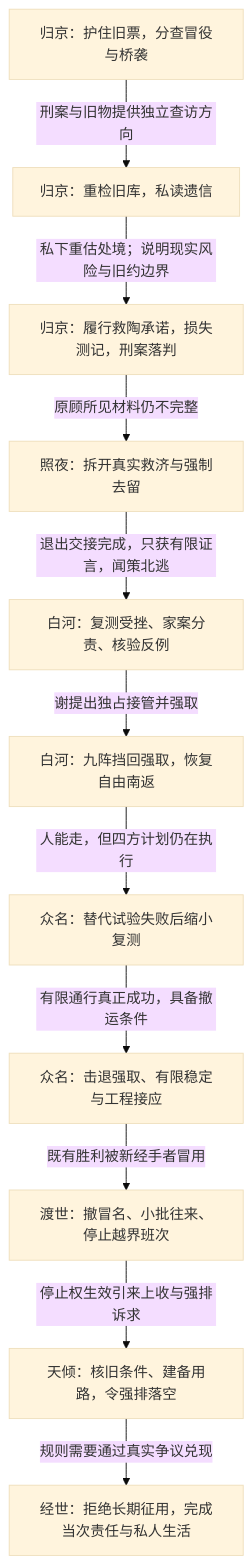
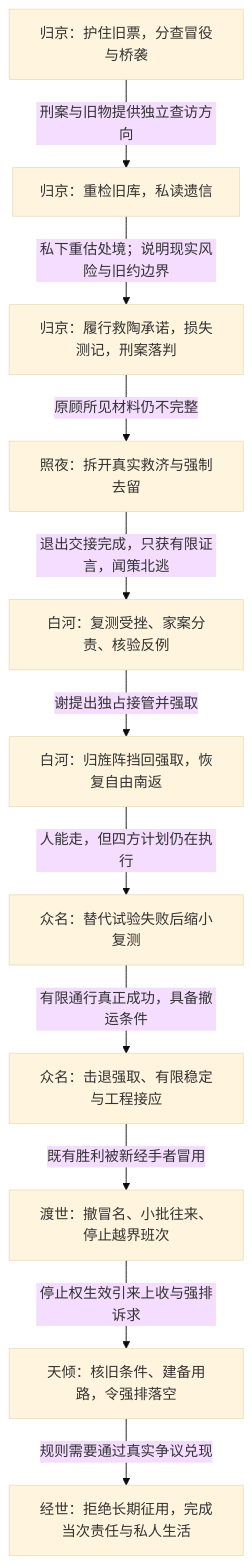
Before and after one commit to Wilder1222/jingshi-world: the fifth of 5 diagrams in 剧集/人物事件与情节关系图谱.md, drawn with Mermaid (base theme). The commit also changed other lines of this file and 168 other files, not shown here.

````diff
--- a/剧集/人物事件与情节关系图谱.md
+++ b/剧集/人物事件与情节关系图谱.md
@@ -121,13 +121,13 @@
 ```mermaid
 flowchart TD
   A[归京：护住旧票，分查冒役与桥袭] -->|刑案与旧物提供独立查访方向| B[归京：重检旧库，私读遗信]
   B -->|私下重估处境；说明现实风险与旧约边界| C[归京：履行救陶承诺，损失测记，刑案落判]
   C -->|原顾所见材料仍不完整| D[照夜：拆开真实救济与强制去留]
   D -->|退出交接完成，只获有限证言，闻策北逃| E[白河：复测受挫、家案分责、核验反例]
-  E -->|谢提出独占接管并强取| F[白河：九阵挡回强取，恢复自由南返]
+  E -->|谢提出独占接管并强取| F[白河：归旌阵挡回强取，恢复自由南返]
   F -->|人能走，但四方计划仍在执行| G[众名：替代试验失败后缩小复测]
   G -->|有限通行真正成功，具备撤运条件| H[众名：击退强取、有限稳定与工程接应]
   H -->|既有胜利被新经手者冒用| I[渡世：撤冒名、小批往来、停止越界班次]
   I -->|停止权生效引来上收与强排诉求| J[天倾：核旧条件、建备用路，令强排落空]
   J -->|规则需要通过真实争议兑现| K[经世：拒绝长期征用，完成当次责任与私人生活]
 ```
````
